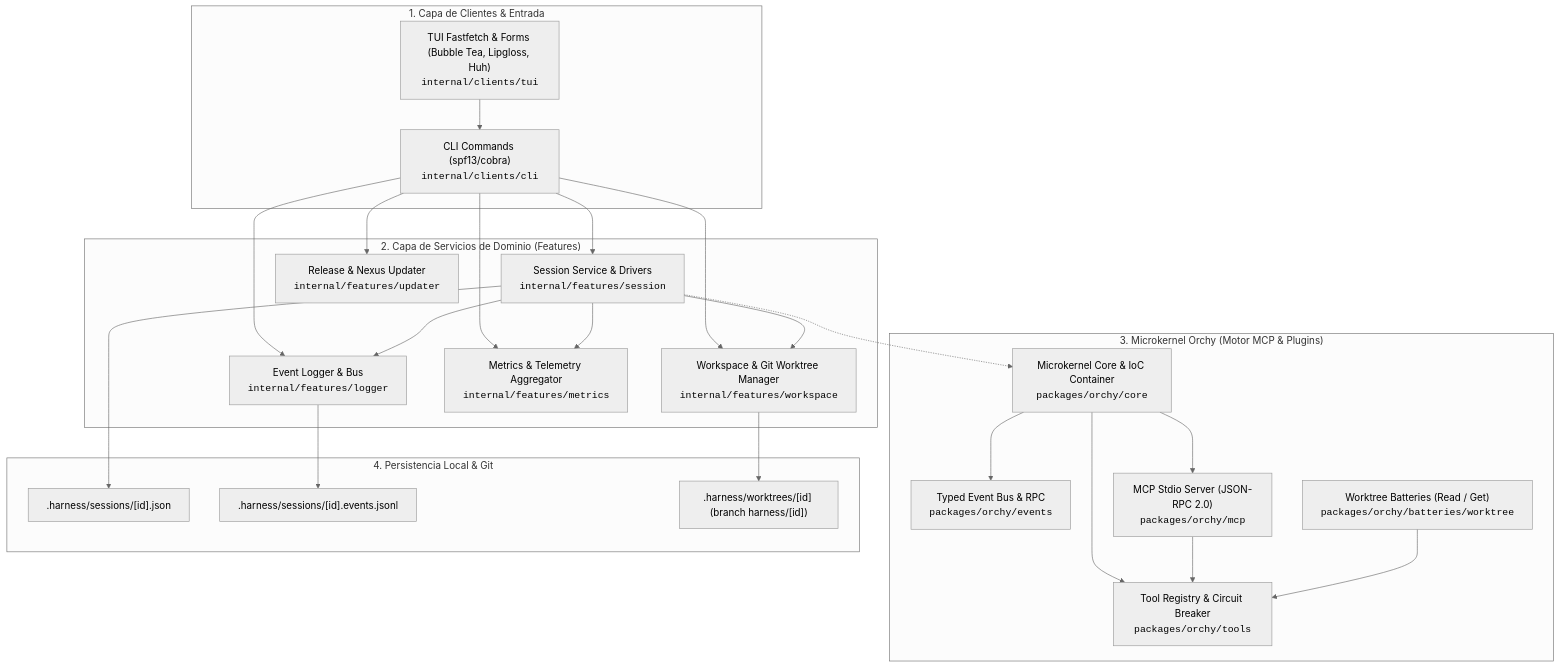
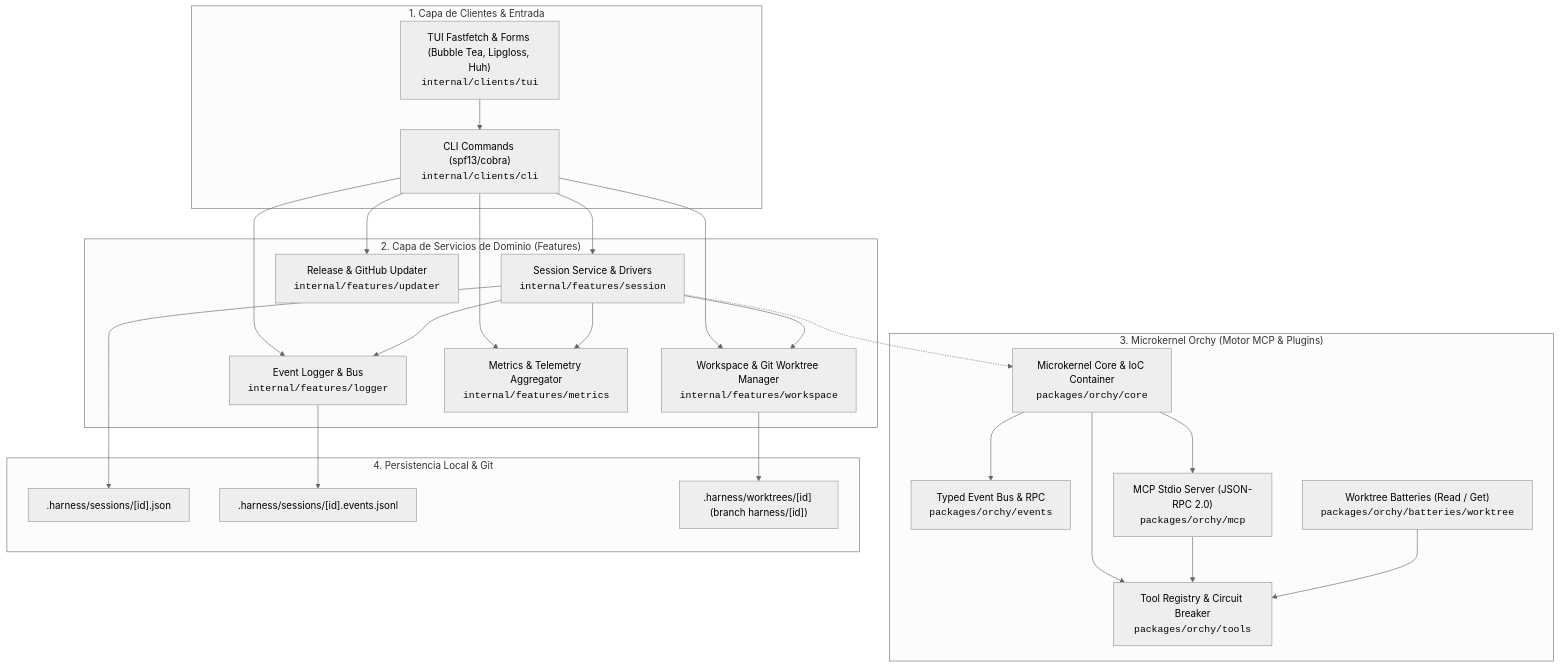
Before and after one commit to GountzJs/gountz-ia: the first of 2 diagrams in docs/architecture/overview.md, drawn with Mermaid (neutral theme). The commit also changed other lines of this file and 16 other files, not shown here.

Commit message:
feat: add root README, MIT license and switch updater to GitHub Releases

````diff
--- a/docs/architecture/overview.md
+++ b/docs/architecture/overview.md
@@ -9,50 +9,50 @@
 ```mermaid
 flowchart TB
     subgraph UI ["1. Capa de Clientes & Entrada"]
         CLI["CLI Commands (spf13/cobra)<br/><code>internal/clients/cli</code>"]
         TUI["TUI Fastfetch & Forms (Bubble Tea, Lipgloss, Huh)<br/><code>internal/clients/tui</code>"]
     end
 
     subgraph CoreFeatures ["2. Capa de Servicios de Dominio (Features)"]
         SESS["Session Service & Drivers<br/><code>internal/features/session</code>"]
         WORK["Workspace & Git Worktree Manager<br/><code>internal/features/workspace</code>"]
         LOG["Event Logger & Bus<br/><code>internal/features/logger</code>"]
         METR["Metrics & Telemetry Aggregator<br/><code>internal/features/metrics</code>"]
-        UPDT["Release & Nexus Updater<br/><code>internal/features/updater</code>"]
+        UPDT["Release & GitHub Updater<br/><code>internal/features/updater</code>"]
     end
 
     subgraph KernelLayer ["3. Microkernel Orchy (Motor MCP & Plugins)"]
         KERNEL["Microkernel Core & IoC Container<br/><code>packages/orchy/core</code>"]
         BUS["Typed Event Bus & RPC<br/><code>packages/orchy/events</code>"]
         MCP["MCP Stdio Server (JSON-RPC 2.0)<br/><code>packages/orchy/mcp</code>"]
         TOOLS["Tool Registry & Circuit Breaker<br/><code>packages/orchy/tools</code>"]
         BATT["Worktree Batteries (Read / Get)<br/><code>packages/orchy/batteries/worktree</code>"]
     end
 
     subgraph Storage ["4. Persistencia Local & Git"]
         SESS_JSON[".harness/sessions/[id].json"]
         EVENTS_JSONL[".harness/sessions/[id].events.jsonl"]
         WORKTREE_DIR[".harness/worktrees/[id] (branch harness/[id])"]
     end
 
     CLI --> SESS
     CLI --> WORK
     CLI --> LOG
     CLI --> METR
     CLI --> UPDT
     TUI --> CLI
 
     SESS --> WORK
     SESS --> LOG
     SESS --> METR
     SESS --> SESS_JSON
     LOG --> EVENTS_JSONL
     WORK --> WORKTREE_DIR
 
     SESS -.-> KERNEL
     KERNEL --> BUS
     KERNEL --> TOOLS
     KERNEL --> MCP
     MCP --> TOOLS
     BATT --> TOOLS
 ```
````
